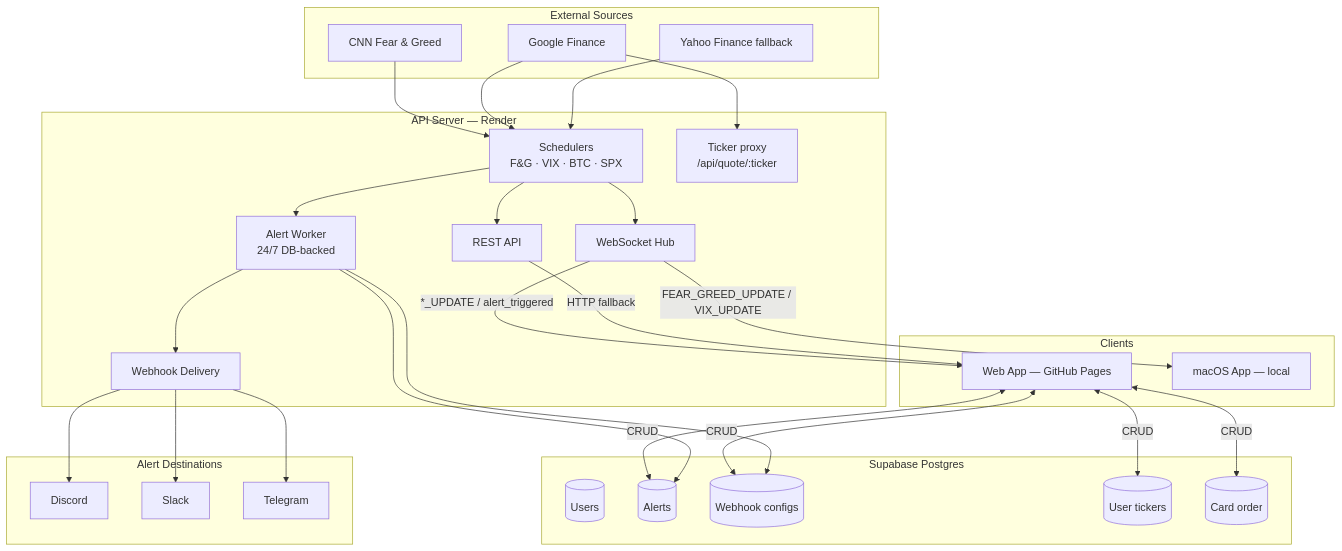
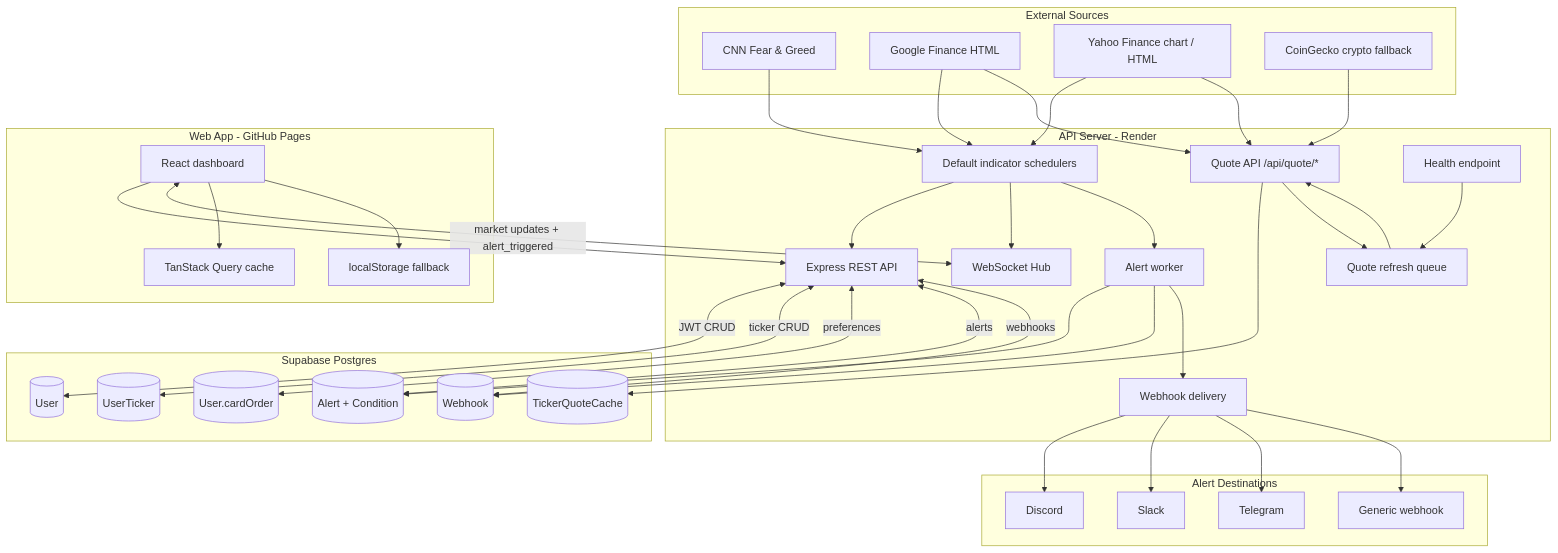
One commit to itswcl/fg-index changed the diagram in README.md. Above: the diagram before and after it, drawn with Mermaid. The commit also changed other lines of this file, not shown here.

Commit message:
Update README for current architecture

````diff
--- a/README.md
+++ b/README.md
@@ -61,57 +65,75 @@
 ```mermaid
 graph TD
     subgraph Sources["External Sources"]
-        CNN[CNN Fear & Greed]
-        GOOG[Google Finance]
-        YHOO[Yahoo Finance fallback]
+        CNN["CNN Fear & Greed"]
+        GOOG["Google Finance HTML"]
+        YHOO["Yahoo Finance chart / HTML"]
+        CG["CoinGecko crypto fallback"]
     end
 
-    subgraph Backend["API Server — Render"]
-        SCHED[Schedulers<br/>F&G · VIX · BTC · SPX]
-        PROXY[Ticker proxy<br/>/api/quote/:ticker]
-        API[REST API]
-        WS[WebSocket Hub]
-        WORKER[Alert Worker<br/>24/7 DB-backed]
-        WEBHOOK[Webhook Delivery]
+    subgraph Backend["API Server - Render"]
+        API["Express REST API"]
+        WS["WebSocket Hub"]
+        SCHED["Default indicator schedulers"]
+        QAPI["Quote API /api/quote/*"]
+        QQUEUE["Quote refresh queue"]
+        ALERTS["Alert worker"]
+        DELIVERY["Webhook delivery"]
+        HEALTH["Health endpoint"]
     end
 
     subgraph DB["Supabase Postgres"]
-        USERS[(Users)]
-        ALERTS[(Alerts)]
-        WEBHOOKS[(Webhook configs)]
-        TICKERS[(User tickers)]
-        PREFS[(Card order)]
+        USERS[("User")]
+        USER_TICKERS[("UserTicker")]
+        QUOTE_CACHE[("TickerQuoteCache")]
+        ALERT_ROWS[("Alert + Condition")]
+        WEBHOOK_ROWS[("Webhook")]
+        PREFS[("User.cardOrder")]
     end
 
-    subgraph Clients
-        WEB[Web App — GitHub Pages]
-        MACOS[macOS App — local]
+    subgraph Client["Web App - GitHub Pages"]
+        WEB["React dashboard"]
+        RQ["TanStack Query cache"]
+        LS["localStorage fallback"]
     end
 
     subgraph Destinations["Alert Destinations"]
-        DISCORD[Discord]
-        SLACK[Slack]
-        TG[Telegram]
+        DISCORD["Discord"]
+        SLACK["Slack"]
+        TG["Telegram"]
+        GENERIC["Generic webhook"]
     end
 
     CNN --> SCHED
     GOOG --> SCHED
     YHOO --> SCHED
-    GOOG --> PROXY
+    GOOG --> QAPI
+    YHOO --> QAPI
+    CG --> QAPI
+
+    SCHED --> API
     SCHED --> WS
-    SCHED --> API
-    SCHED --> WORKER
-    WS -->|"*_UPDATE / alert_triggered"| WEB
-    WS -->|"FEAR_GREED_UPDATE / VIX_UPDATE"| MACOS
-    API -->|HTTP fallback| WEB
-    WEB <-->|CRUD| ALERTS
-    WEB <-->|CRUD| WEBHOOKS
-    WEB <-->|CRUD| TICKERS
-    WEB <-->|CRUD| PREFS
-    WORKER --> ALERTS
-    WORKER --> WEBHOOKS
-    WORKER --> WEBHOOK
-    WEBHOOK --> DISCORD
-    WEBHOOK --> SLACK
-    WEBHOOK --> TG
+    SCHED --> ALERTS
+    QAPI --> QUOTE_CACHE
+    QAPI --> QQUEUE
+    QQUEUE --> QAPI
+    HEALTH --> QQUEUE
+
+    WEB --> API
+    WEB <-->|"market updates + alert_triggered"| WS
+    WEB --> RQ
+    WEB --> LS
+
+    API <-->|"JWT CRUD"| USERS
+    API <-->|"ticker CRUD"| USER_TICKERS
+    API <-->|"preferences"| PREFS
+    API <-->|"alerts"| ALERT_ROWS
+    API <-->|"webhooks"| WEBHOOK_ROWS
+    ALERTS --> ALERT_ROWS
+    ALERTS --> WEBHOOK_ROWS
+    ALERTS --> DELIVERY
+    DELIVERY --> DISCORD
+    DELIVERY --> SLACK
+    DELIVERY --> TG
+    DELIVERY --> GENERIC
 ```
````
